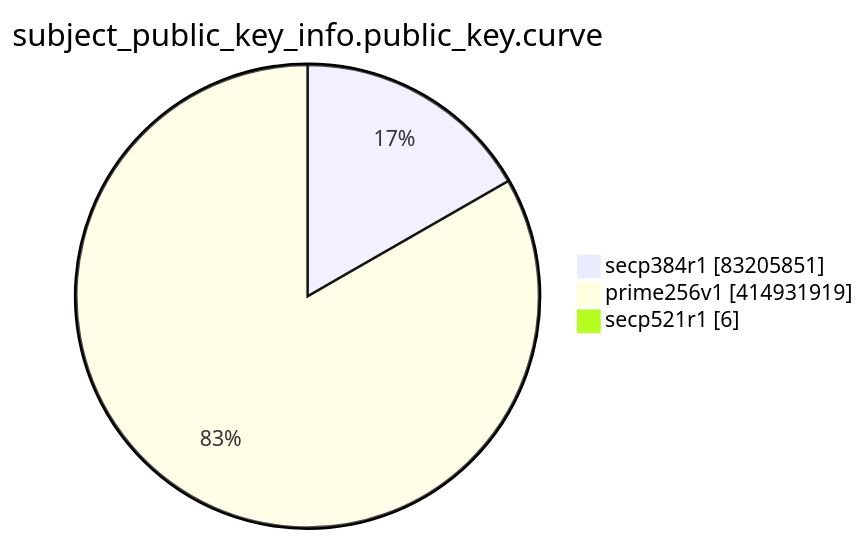
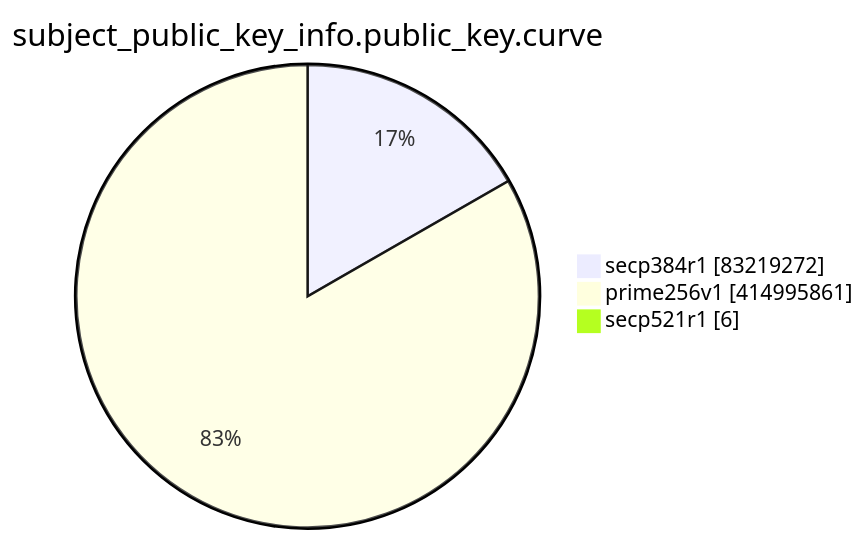
Before and after one commit to christiankrug/ctmonitor_visualization: the eighth of 15 diagrams in TOTAL/README.md, drawn with Mermaid. The commit also changed other lines of this file, not shown here.

````diff
--- a/TOTAL/README.md
+++ b/TOTAL/README.md
@@ -3098,7 +3098,7 @@
 ```mermaid
 pie showData
 title subject_public_key_info.public_key.curve
-"secp384r1" :83205851
-"prime256v1" :414931919
+"secp384r1" :83219272
+"prime256v1" :414995861
 "secp521r1" :6
 ```
````
